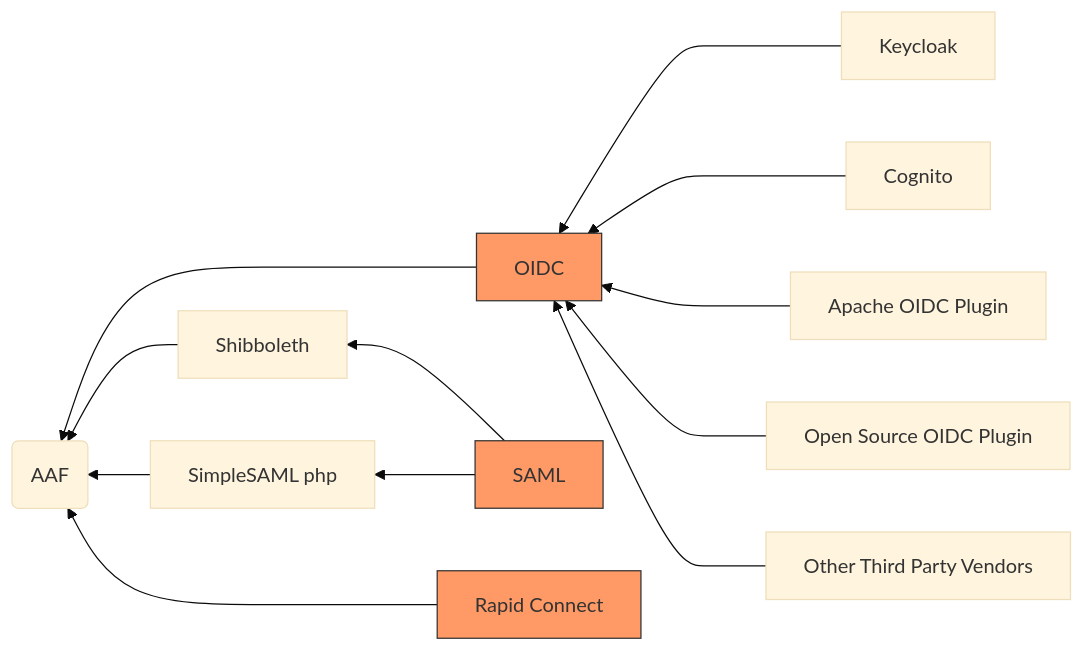
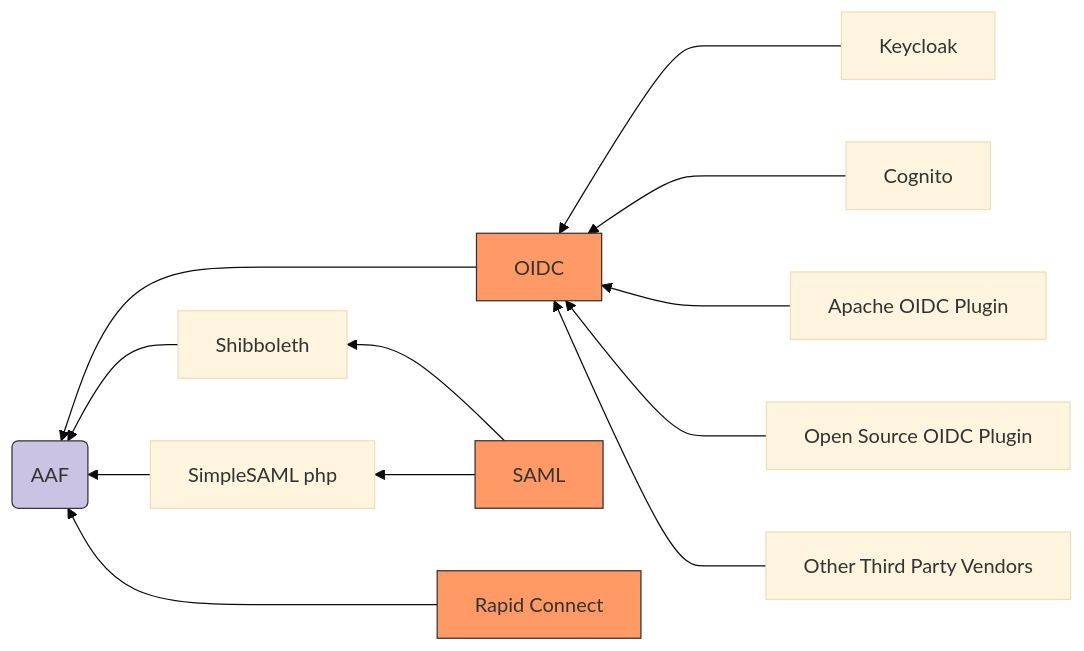
One commit to ausaccessfed/dev-portal changed the diagram in docs/index.markdown. Above: the diagram before and after it, drawn with Mermaid (base theme). The commit also changed other lines of this file and 2 other files, not shown here.

Commit message:
Add Changelog, figure caption and replace about.html with connect.html

````diff
--- a/docs/index.markdown
+++ b/docs/index.markdown
@@ -36,17 +38,18 @@
 ```mermaid
 flowchart RL
     id1[SAML] --> B(Shibboleth)
-    id1[SAML] --> C(SimplSAML php)
+    id1[SAML] --> C(SimpleSAML php)
     D[Keycloak] ---> id2(OIDC)
     E[Cognito] ---> id2(OIDC)
     F[Apache OIDC Plugin] ---> id2(OIDC)
     G[Open Source OIDC Plugin] ---> id2(OIDC)
     H[Other Third Party Vendors] ---> id2(OIDC)
-    id2[OIDC] ---> K(AAF)
-    B[Shibboleth] --> K(AAF)
-    C[SimpleSAML php] --> K(AAF)
-    id3[Rapid Connect] ---> K(AAF)
+    id2[OIDC] ---> id3(AAF)
+    B[Shibboleth] --> id3(AAF)
+    C[SimpleSAML php] --> id3(AAF)
+    id4[Rapid Connect] ---> id3(AAF)
     style id1 fill:#f96,stroke:#333
     style id2 fill:#f96,stroke:#333
-    style id3 fill:#f96,stroke:#333
+    style id3 fill:#CBC3E3,stroke:#333
+    style id4 fill:#f96,stroke:#333
 ```
````
